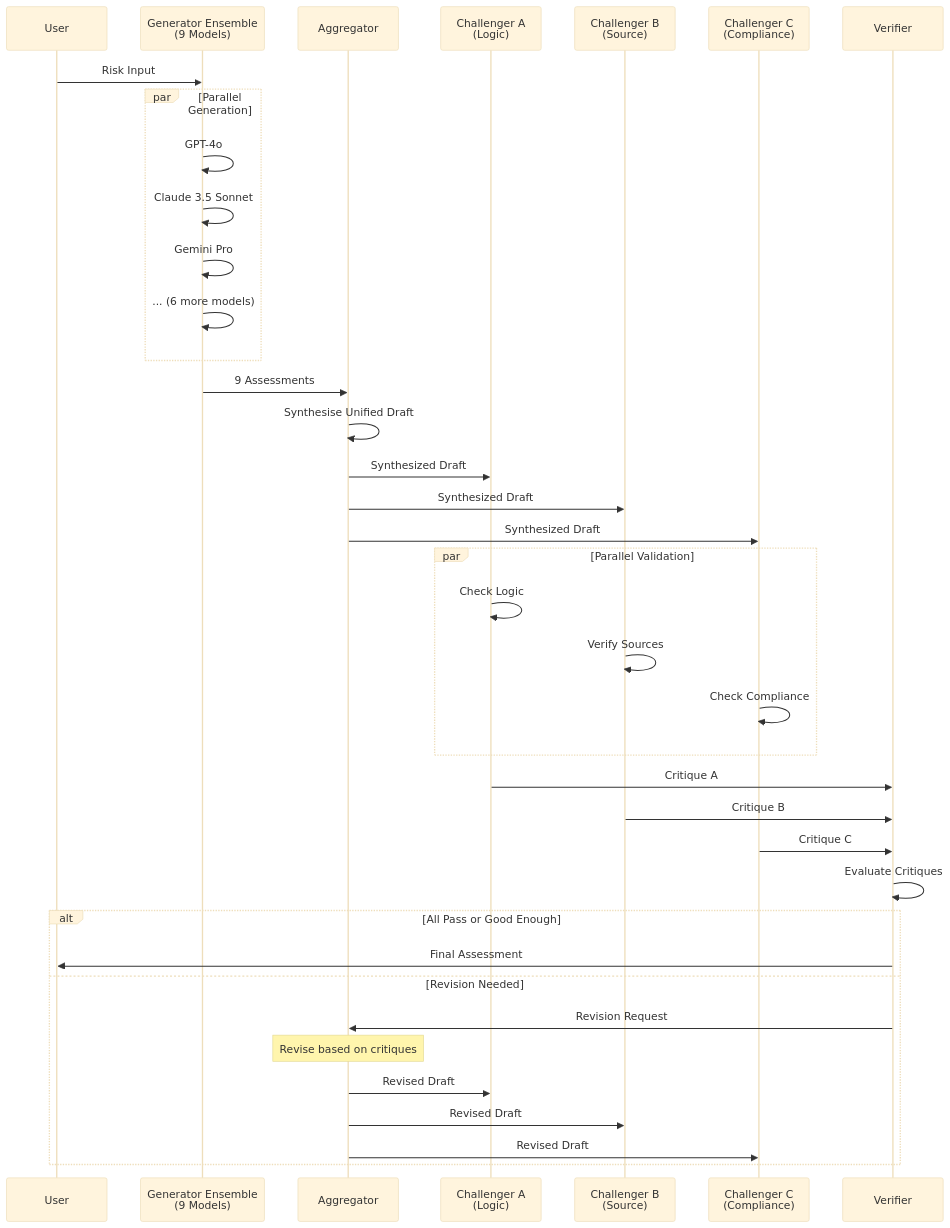
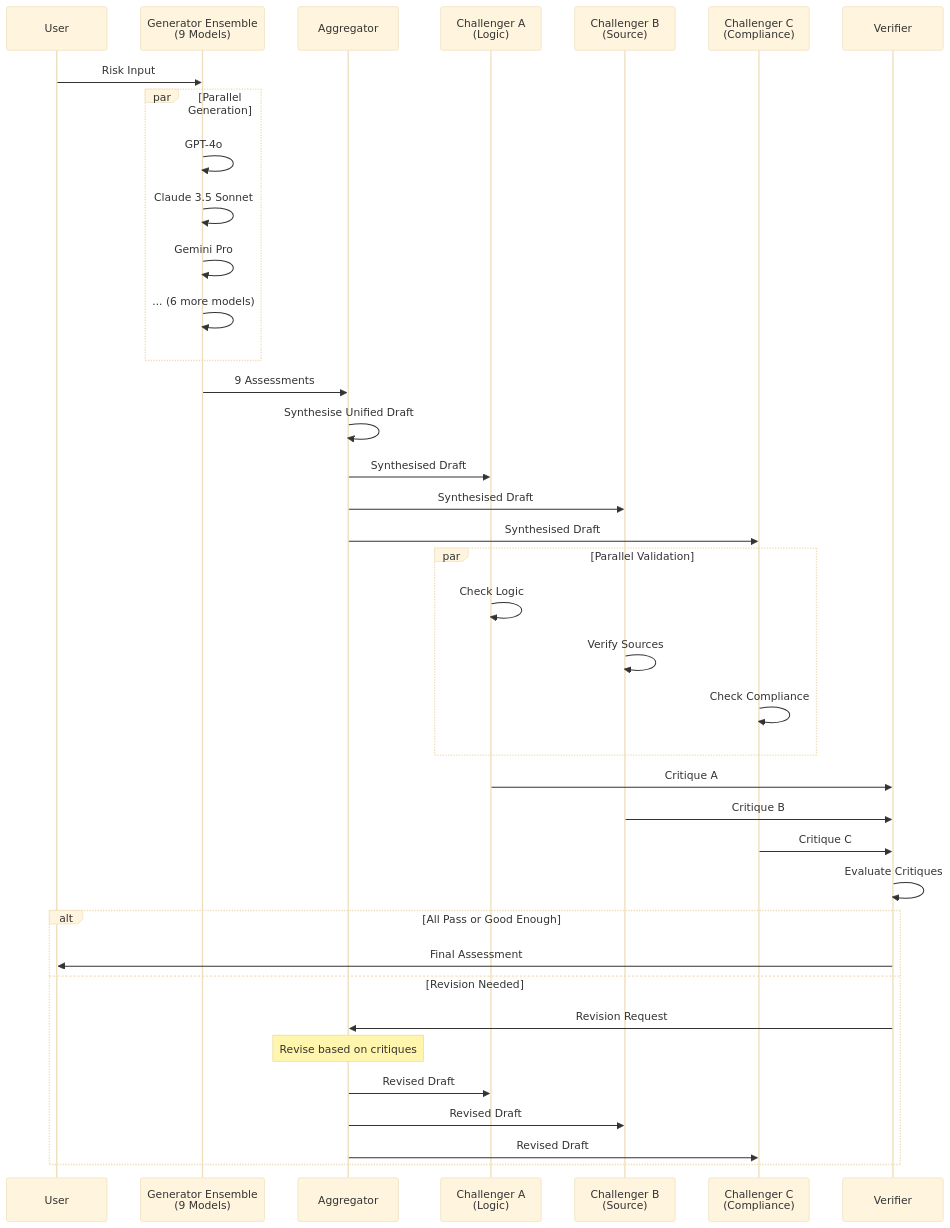
Before and after one commit to Brishian427/IOT-risk-assessment-mas: the second of 2 diagrams in README.md, drawn with Mermaid (base theme). The commit also changed other lines of this file, not shown here.

````diff
--- a/README.md
+++ b/README.md
@@ -92,46 +92,46 @@
 ```mermaid
 sequenceDiagram
     participant User
     participant GenEnsemble as Generator Ensemble<br/>(9 Models)
     participant Aggregator
     participant ChallengerA as Challenger A<br/>(Logic)
     participant ChallengerB as Challenger B<br/>(Source)
     participant ChallengerC as Challenger C<br/>(Compliance)
     participant Verifier
     
     User->>GenEnsemble: Risk Input
     par Parallel Generation
         GenEnsemble->>GenEnsemble: GPT-4o
         GenEnsemble->>GenEnsemble: Claude 3.5 Sonnet
         GenEnsemble->>GenEnsemble: Gemini Pro
         GenEnsemble->>GenEnsemble: ... (6 more models)
     end
     GenEnsemble->>Aggregator: 9 Assessments
     
     Aggregator->>Aggregator: Synthesise Unified Draft
-    Aggregator->>ChallengerA: Synthesized Draft
-    Aggregator->>ChallengerB: Synthesized Draft
-    Aggregator->>ChallengerC: Synthesized Draft
+    Aggregator->>ChallengerA: Synthesised Draft
+    Aggregator->>ChallengerB: Synthesised Draft
+    Aggregator->>ChallengerC: Synthesised Draft
     
     par Parallel Validation
         ChallengerA->>ChallengerA: Check Logic
         ChallengerB->>ChallengerB: Verify Sources
         ChallengerC->>ChallengerC: Check Compliance
     end
     
     ChallengerA->>Verifier: Critique A
     ChallengerB->>Verifier: Critique B
     ChallengerC->>Verifier: Critique C
     
     Verifier->>Verifier: Evaluate Critiques
     
     alt All Pass or Good Enough
         Verifier->>User: Final Assessment
     else Revision Needed
         Verifier->>Aggregator: Revision Request
         Note over Aggregator: Revise based on critiques
         Aggregator->>ChallengerA: Revised Draft
         Aggregator->>ChallengerB: Revised Draft
         Aggregator->>ChallengerC: Revised Draft
     end
 ```
````
